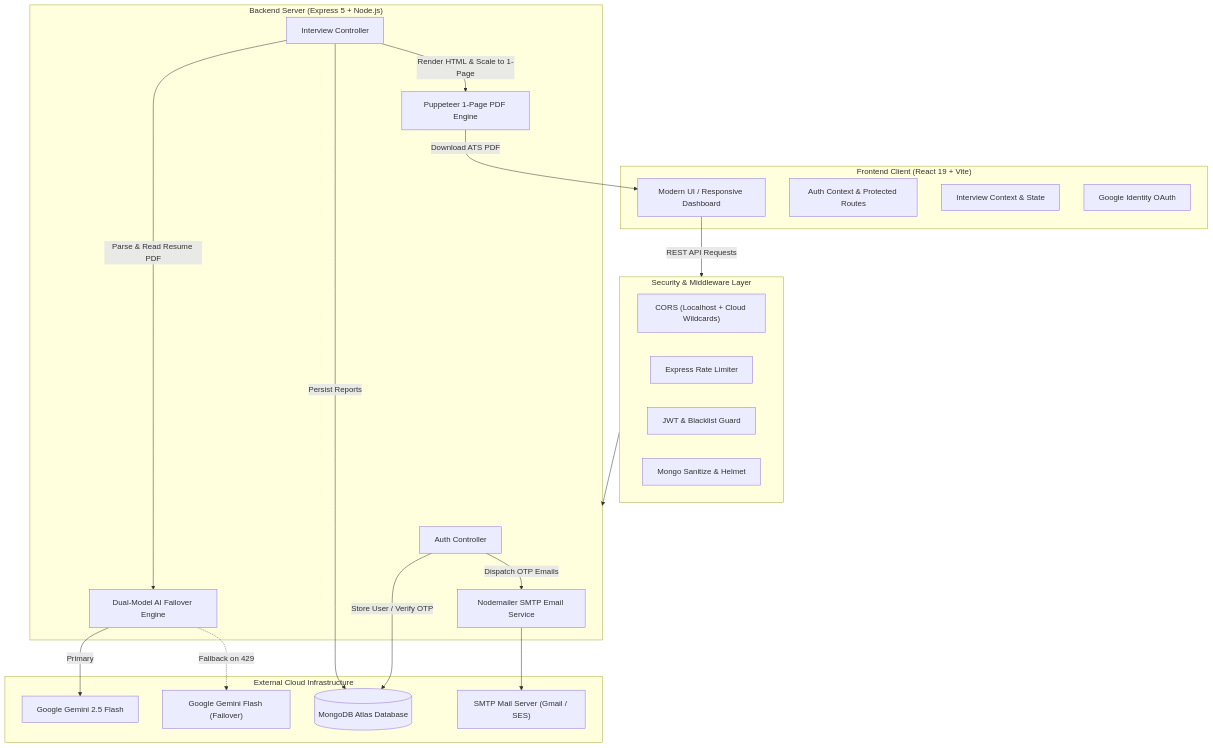
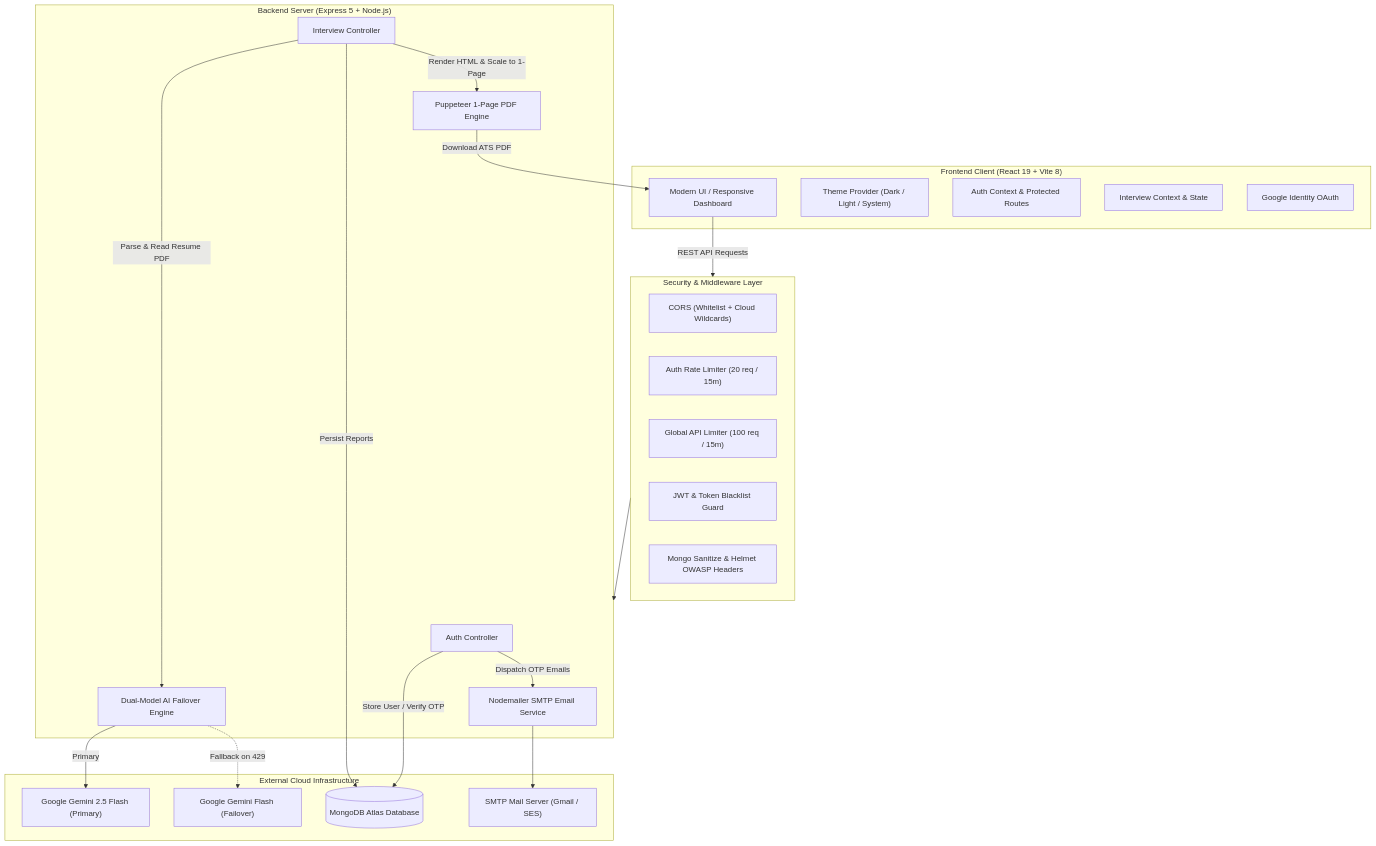
The diagram in README.md (VivekShukla-2504/Gen-AI), drawn with Mermaid before and after one commit. The commit also changed other lines of this file, not shown here.

````diff
--- a/README.md
+++ b/README.md
@@ -53,42 +67,44 @@
 ```mermaid
 flowchart TD
-    subgraph Client["Frontend Client (React 19 + Vite)"]
+    subgraph Client["Frontend Client (React 19 + Vite 8)"]
         UI["Modern UI / Responsive Dashboard"]
+        ThemeContext["Theme Provider (Dark / Light / System)"]
         AuthContext["Auth Context & Protected Routes"]
         InterviewContext["Interview Context & State"]
         GoogleAuth["Google Identity OAuth"]
     end
 
     subgraph Gateway["Security & Middleware Layer"]
-        CORS["CORS (Localhost + Cloud Wildcards)"]
-        RateLimit["Express Rate Limiter"]
-        AuthGuard["JWT & Blacklist Guard"]
-        Sanitize["Mongo Sanitize & Helmet"]
+        CORS["CORS (Whitelist + Cloud Wildcards)"]
+        AuthLimiter["Auth Rate Limiter (20 req / 15m)"]
+        APILimiter["Global API Limiter (100 req / 15m)"]
+        AuthGuard["JWT & Token Blacklist Guard"]
+        Sanitize["Mongo Sanitize & Helmet OWASP Headers"]
     end
 
     subgraph Server["Backend Server (Express 5 + Node.js)"]
         AuthCtrl["Auth Controller"]
         InterviewCtrl["Interview Controller"]
         EmailService["Nodemailer SMTP Email Service"]
         DualModelAI["Dual-Model AI Failover Engine"]
         PuppeteerEngine["Puppeteer 1-Page PDF Engine"]
     end
 
     subgraph External["External Cloud Infrastructure"]
-        Gemini25["Google Gemini 2.5 Flash"]
+        Gemini25["Google Gemini 2.5 Flash (Primary)"]
         GeminiLatest["Google Gemini Flash (Failover)"]
         MongoAtlas[("MongoDB Atlas Database")]
         SMTP["SMTP Mail Server (Gmail / SES)"]
     end
 
     UI -->|REST API Requests| Gateway
     Gateway --> Server
     AuthCtrl -->|Store User / Verify OTP| MongoAtlas
     AuthCtrl -->|Dispatch OTP Emails| EmailService --> SMTP
     InterviewCtrl -->|Parse & Read Resume PDF| DualModelAI
     DualModelAI -->|Primary| Gemini25
     DualModelAI -.->|Fallback on 429| GeminiLatest
     InterviewCtrl -->|Render HTML & Scale to 1-Page| PuppeteerEngine
     PuppeteerEngine -->|Download ATS PDF| UI
     InterviewCtrl -->|Persist Reports| MongoAtlas
 ```
````
